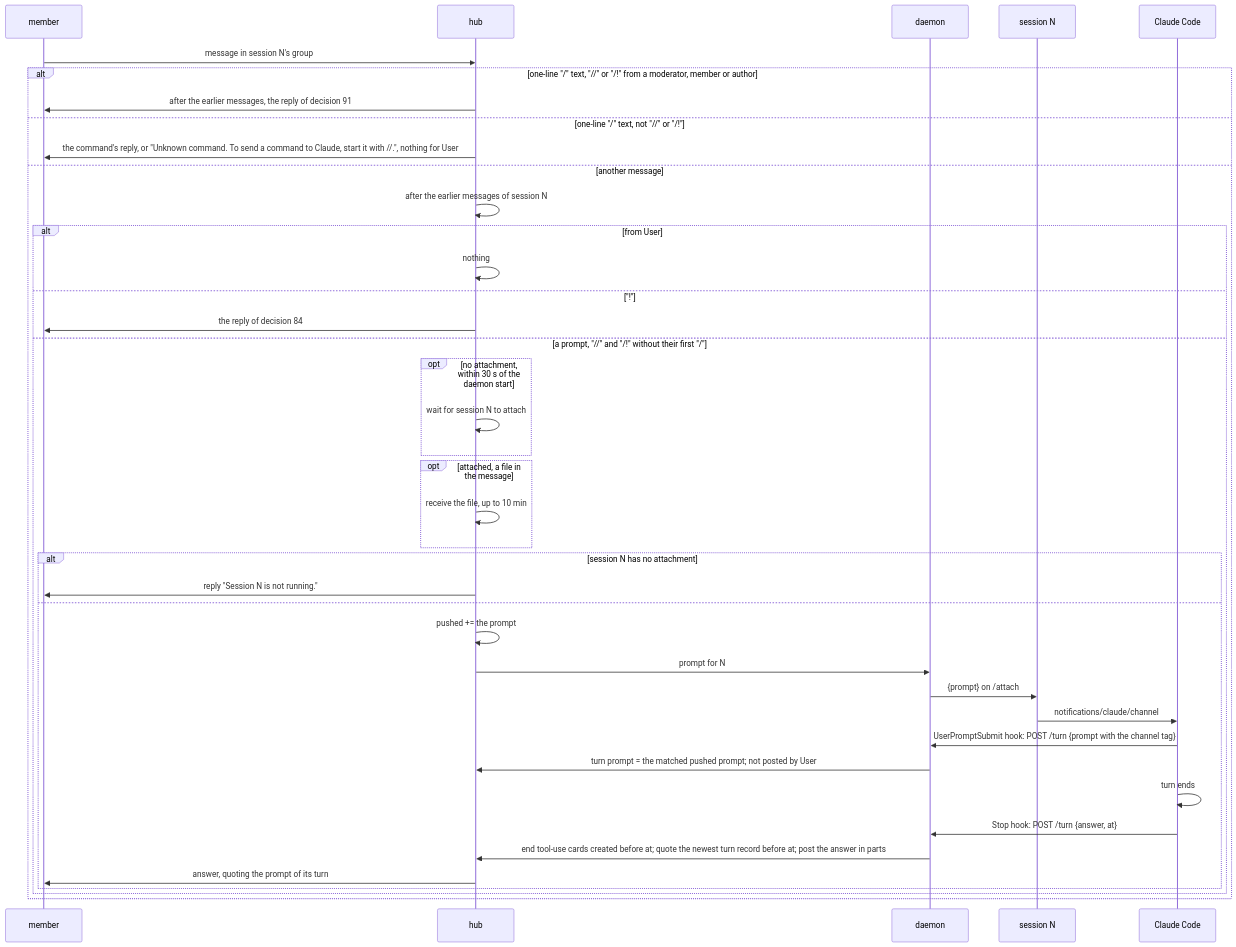
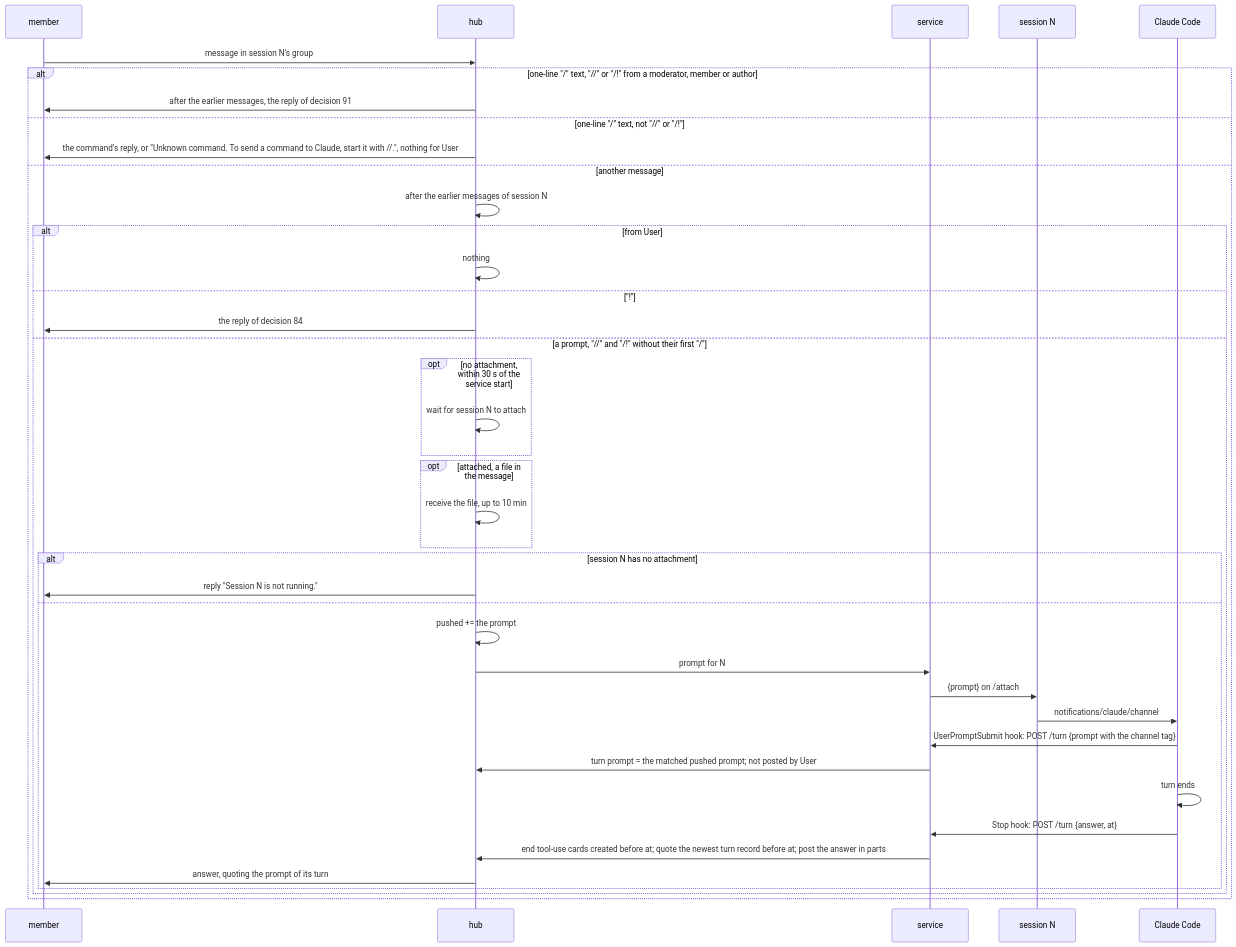
Diagram 20 of 26 in plans/2026-11-07-mcp-claude-code-channel.md (simplex-chat/simplex-chat), drawn with Mermaid before and after one commit. The commit also changed other lines of this file, not shown here.

Commit message:
plan: decision 116, the service, and root files no agent name can take

````diff
--- a/plans/2026-11-07-mcp-claude-code-channel.md
+++ b/plans/2026-11-07-mcp-claude-code-channel.md
@@ -899,42 +900,42 @@
 ```mermaid
 sequenceDiagram
   participant O as member
   participant H as hub
-  participant D as daemon
+  participant D as service
   participant S as session N
   participant C as Claude Code
   O->>H: message in session N's group
   alt one-line "/" text, "//" or "/!" from a moderator, member or author
     H->>O: after the earlier messages, the reply of decision 91
   else one-line "/" text, not "//" or "/!"
     H->>O: the command's reply, or "Unknown command. To send a command to Claude, start it with //.", nothing for User
   else another message
     H->>H: after the earlier messages of session N
     alt from User
       H->>H: nothing
     else "!"
       H->>O: the reply of decision 84
     else a prompt, "//" and "/!" without their first "/"
-      opt no attachment, within 30 s of the daemon start
+      opt no attachment, within 30 s of the service start
         H->>H: wait for session N to attach
       end
       opt attached, a file in the message
         H->>H: receive the file, up to 10 min
       end
       alt session N has no attachment
         H->>O: reply "Session N is not running."
       else
         H->>H: pushed += the prompt
         H->>D: prompt for N
         D->>S: {prompt} on /attach
         S->>C: notifications/claude/channel
         C->>D: UserPromptSubmit hook: POST /turn {prompt with the channel tag}
         D->>H: turn prompt = the matched pushed prompt#59; not posted by User
         C->>C: turn ends
         C->>D: Stop hook: POST /turn {answer, at}
         D->>H: end tool-use cards created before at#59; quote the newest turn record before at#59; post the answer in parts
         H->>O: answer, quoting the prompt of its turn
       end
     end
   end
 ```
````
